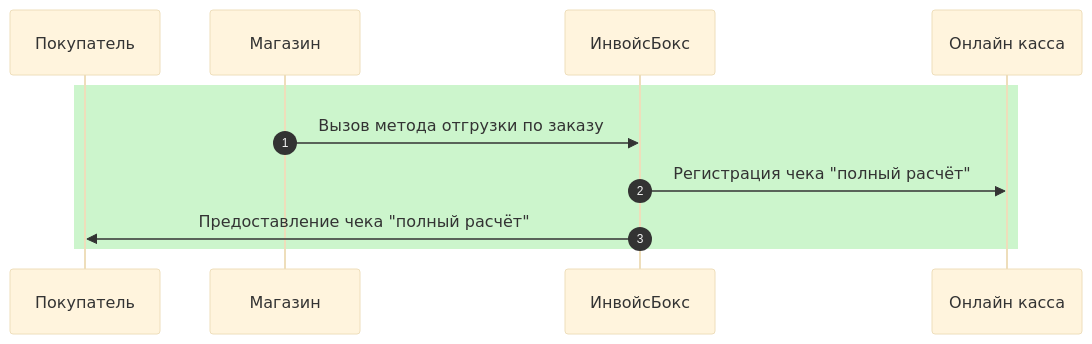
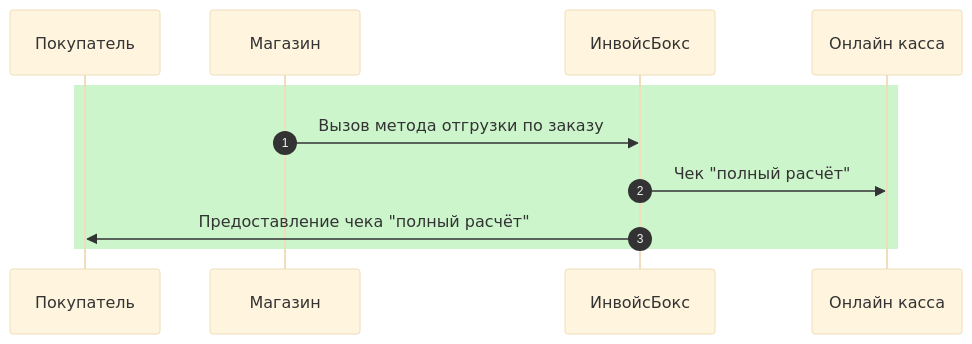
Before and after one commit to YIGRIKY/invoicebox-docs: the second of 3 diagrams in docs/schema.md, drawn with Mermaid (base theme). The commit also changed other lines of this file, not shown here.

```diff
--- a/docs/schema.md
+++ b/docs/schema.md
@@ -45,13 +45,13 @@
 <div class="mermaid">
 sequenceDiagram
     autonumber
     participant Покупатель
     participant Магазин
     participant ИнвойсБокс 
     participant Онлайн касса
     rect rgb(204, 245, 204)
       Магазин->>ИнвойсБокс: Вызов метода отгрузки по заказу
-      ИнвойсБокс->>Онлайн касса: Регистрация чека "полный расчёт"
+      ИнвойсБокс->>Онлайн касса: Чек "полный расчёт"
       ИнвойсБокс->>Покупатель: Предоставление чека "полный расчёт"
     end
 </div>
```
